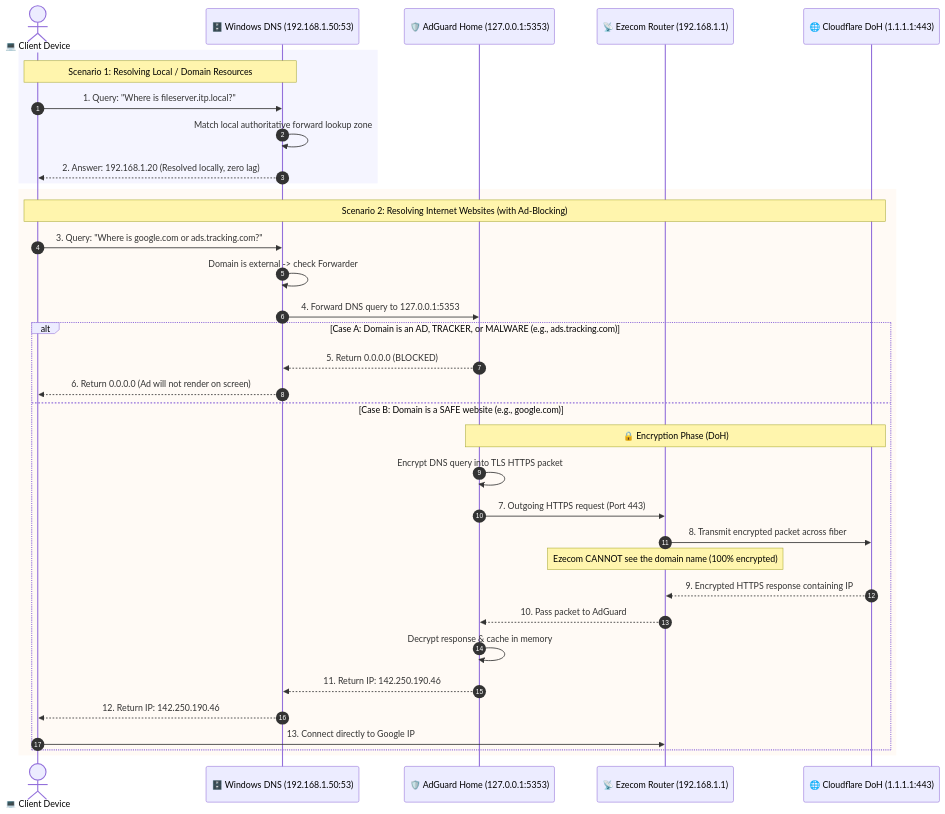
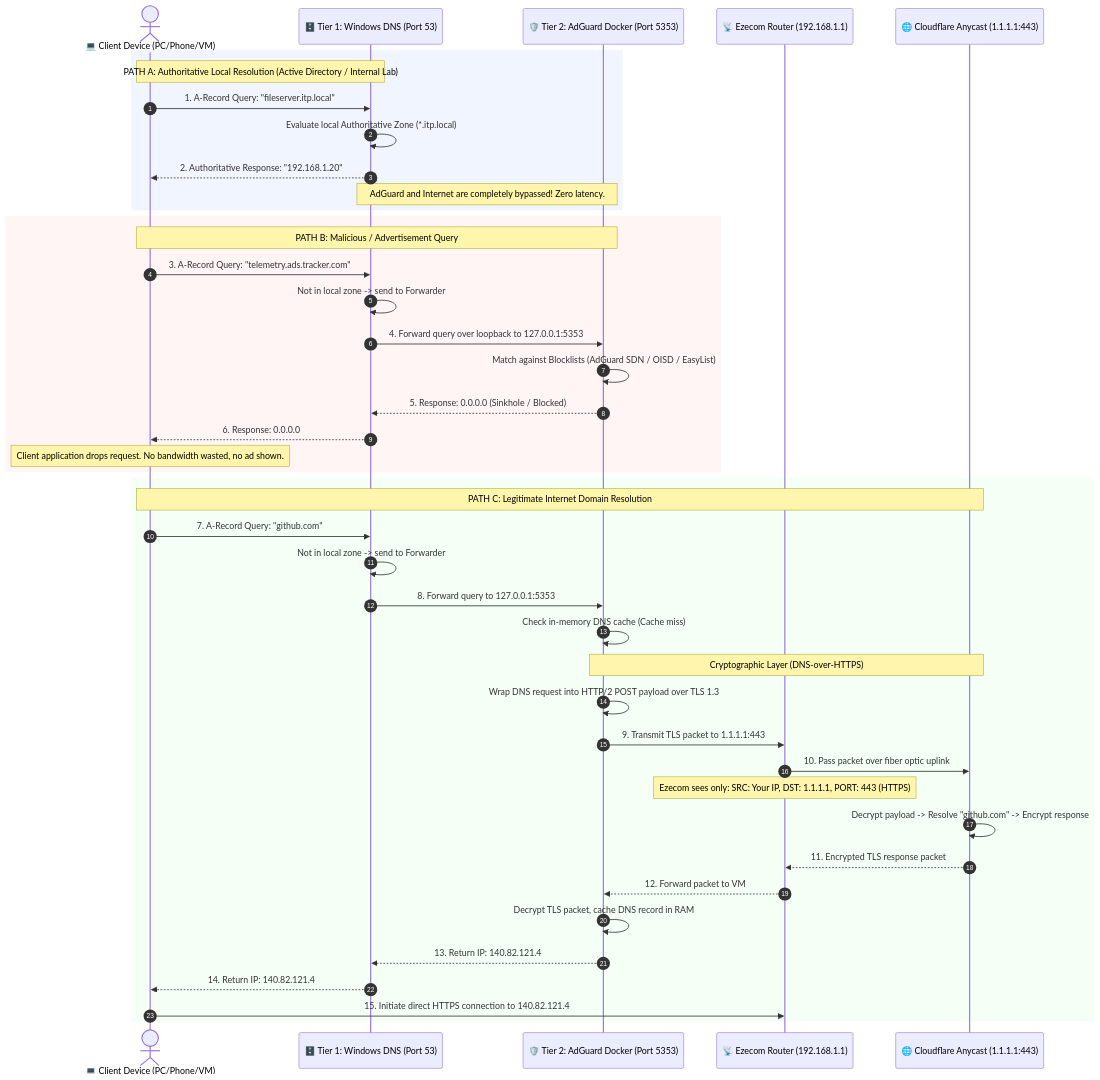
The second of 2 diagrams in dns-architecture.md (seang454/window-server-deploymennt), drawn with Mermaid before and after one commit. The commit also changed other lines of this file and 1 other file, not shown here.

````diff
--- a/dns-architecture.md
+++ b/dns-architecture.md
@@ -58,40 +71,50 @@
 ```mermaid
 sequenceDiagram
     autonumber
-    actor Client as 💻 Client Device
-    participant WinDNS as 🗄️ Windows DNS (192.168.1.50:53)
-    participant AdGuard as 🛡️ AdGuard Home (127.0.0.1:5353)
+    actor Client as 💻 Client Device (PC/Phone/VM)
+    participant WinDNS as 🗄️ Tier 1: Windows DNS (Port 53)
+    participant AdGuard as 🛡️ Tier 2: AdGuard Docker (Port 5353)
     participant Ezecom as 📡 Ezecom Router (192.168.1.1)
-    participant Cloudflare as 🌐 Cloudflare DoH (1.1.1.1:443)
+    participant Cloudflare as 🌐 Cloudflare Anycast (1.1.1.1:443)
 
-    rect rgb(245, 245, 255)
-    Note over Client, WinDNS: Scenario 1: Resolving Local / Domain Resources
-    Client->>WinDNS: 1. Query: "Where is fileserver.itp.local?"
-    WinDNS->>WinDNS: Match local authoritative forward lookup zone
-    WinDNS-->>Client: 2. Answer: 192.168.1.20 (Resolved locally, zero lag)
+    rect rgb(240, 245, 255)
+    Note over Client, WinDNS: PATH A: Authoritative Local Resolution (Active Directory / Internal Lab)
+    Client->>WinDNS: 1. A-Record Query: "fileserver.itp.local"
+    WinDNS->>WinDNS: Evaluate local Authoritative Zone (*.itp.local)
+    WinDNS-->>Client: 2. Authoritative Response: "192.168.1.20"
+    Note over WinDNS, AdGuard: AdGuard and Internet are completely bypassed! Zero latency.
     end
 
-    rect rgb(255, 250, 245)
-    Note over Client, Cloudflare: Scenario 2: Resolving Internet Websites (with Ad-Blocking)
-    Client->>WinDNS: 3. Query: "Where is google.com or ads.tracking.com?"
-    WinDNS->>WinDNS: Domain is external -> check Forwarder
-    WinDNS->>AdGuard: 4. Forward DNS query to 127.0.0.1:5353
+    rect rgb(255, 245, 245)
+    Note over Client, AdGuard: PATH B: Malicious / Advertisement Query
+    Client->>WinDNS: 3. A-Record Query: "telemetry.ads.tracker.com"
+    WinDNS->>WinDNS: Not in local zone -> send to Forwarder
+    WinDNS->>AdGuard: 4. Forward query over loopback to 127.0.0.1:5353
+    AdGuard->>AdGuard: Match against Blocklists (AdGuard SDN / OISD / EasyList)
+    AdGuard-->>WinDNS: 5. Response: 0.0.0.0 (Sinkhole / Blocked)
+    WinDNS-->>Client: 6. Response: 0.0.0.0
+    Note over Client: Client application drops request. No bandwidth wasted, no ad shown.
+    end
 
-    alt Case A: Domain is an AD, TRACKER, or MALWARE (e.g., ads.tracking.com)
-        AdGuard-->>WinDNS: 5. Return 0.0.0.0 (BLOCKED)
-        WinDNS-->>Client: 6. Return 0.0.0.0 (Ad will not render on screen)
-    else Case B: Domain is a SAFE website (e.g., google.com)
-        Note over AdGuard, Cloudflare: 🔒 Encryption Phase (DoH)
-        AdGuard->>AdGuard: Encrypt DNS query into TLS HTTPS packet
-        AdGuard->>Ezecom: 7. Outgoing HTTPS request (Port 443)
-        Ezecom->>Cloudflare: 8. Transmit encrypted packet across fiber
-        Note over Ezecom: Ezecom CANNOT see the domain name (100% encrypted)
-        Cloudflare-->>Ezecom: 9. Encrypted HTTPS response containing IP
-        Ezecom-->>AdGuard: 10. Pass packet to AdGuard
-        AdGuard->>AdGuard: Decrypt response & cache in memory
-        AdGuard-->>WinDNS: 11. Return IP: 142.250.190.46
-        WinDNS-->>Client: 12. Return IP: 142.250.190.46
-        Client->>Ezecom: 13. Connect directly to Google IP
-    end
+    rect rgb(245, 255, 245)
+    Note over Client, Cloudflare: PATH C: Legitimate Internet Domain Resolution
+    Client->>WinDNS: 7. A-Record Query: "github.com"
+    WinDNS->>WinDNS: Not in local zone -> send to Forwarder
+    WinDNS->>AdGuard: 8. Forward query to 127.0.0.1:5353
+    AdGuard->>AdGuard: Check in-memory DNS cache (Cache miss)
+    
+    Note over AdGuard, Cloudflare: Cryptographic Layer (DNS-over-HTTPS)
+    AdGuard->>AdGuard: Wrap DNS request into HTTP/2 POST payload over TLS 1.3
+    AdGuard->>Ezecom: 9. Transmit TLS packet to 1.1.1.1:443
+    Ezecom->>Cloudflare: 10. Pass packet over fiber optic uplink
+    Note over Ezecom: Ezecom sees only: SRC: Your IP, DST: 1.1.1.1, PORT: 443 (HTTPS)
+    
+    Cloudflare->>Cloudflare: Decrypt payload -> Resolve "github.com" -> Encrypt response
+    Cloudflare-->>Ezecom: 11. Encrypted TLS response packet
+    Ezecom-->>AdGuard: 12. Forward packet to VM
+    AdGuard->>AdGuard: Decrypt TLS packet, cache DNS record in RAM
+    AdGuard-->>WinDNS: 13. Return IP: 140.82.121.4
+    WinDNS-->>Client: 14. Return IP: 140.82.121.4
+    Client->>Ezecom: 15. Initiate direct HTTPS connection to 140.82.121.4
     end
 ```
````
